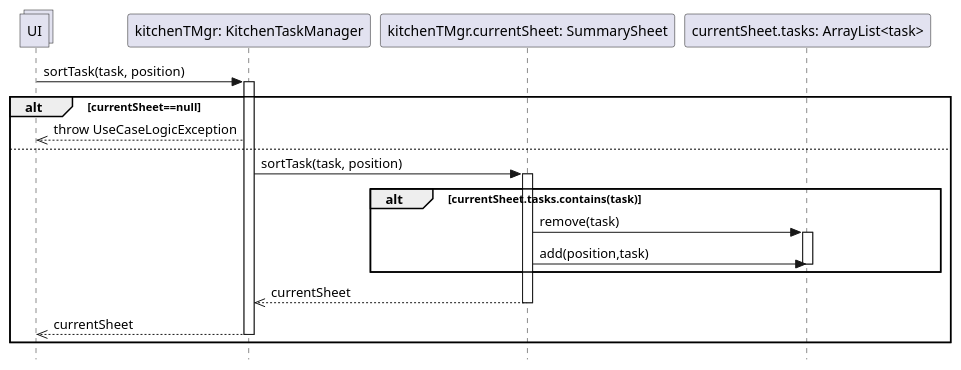
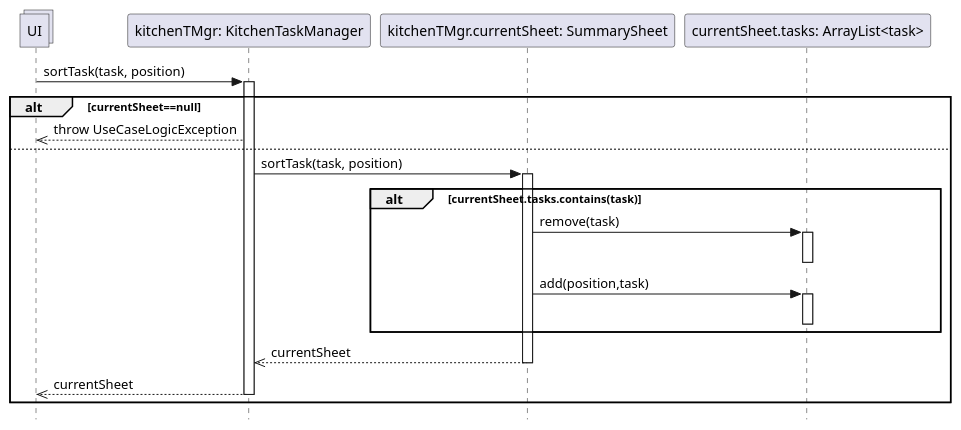
Before and after one commit to stefa168/sas-project: the diagram in DSD Operazione 3.puml, drawn with PlantUML.

Commit message:
Micro modifiche di stile e indent.

```diff
--- a/DSD Operazione 3.puml
+++ b/DSD Operazione 3.puml
@@ -1,33 +1,34 @@
 @startuml Operazione 3
 skinparam Style strictuml
 
 collections UI
 
 participant "kitchenTMgr: KitchenTaskManager" as ktm
 UI -> ktm: sortTask(task, position)
 activate ktm
 
 alt currentSheet==null 
     UI <<-- ktm: throw UseCaseLogicException
 else
     participant "kitchenTMgr.currentSheet: SummarySheet" as ss
     
     ktm -> ss: sortTask(task, position)
     activate ss
     participant "currentSheet.tasks: ArrayList<task>" as t
     
     alt currentSheet.tasks.contains(task)
         ss -> t: remove(task)
         activate t
+        deactivate t
         ss -> t: add(position,task)
+        activate t
         deactivate t
     end
+    
     ktm <<-- ss: currentSheet
     deactivate ss
     UI <<-- ktm : currentSheet
     deactivate ktm
-
-    
 end
 
 @enduml
```
